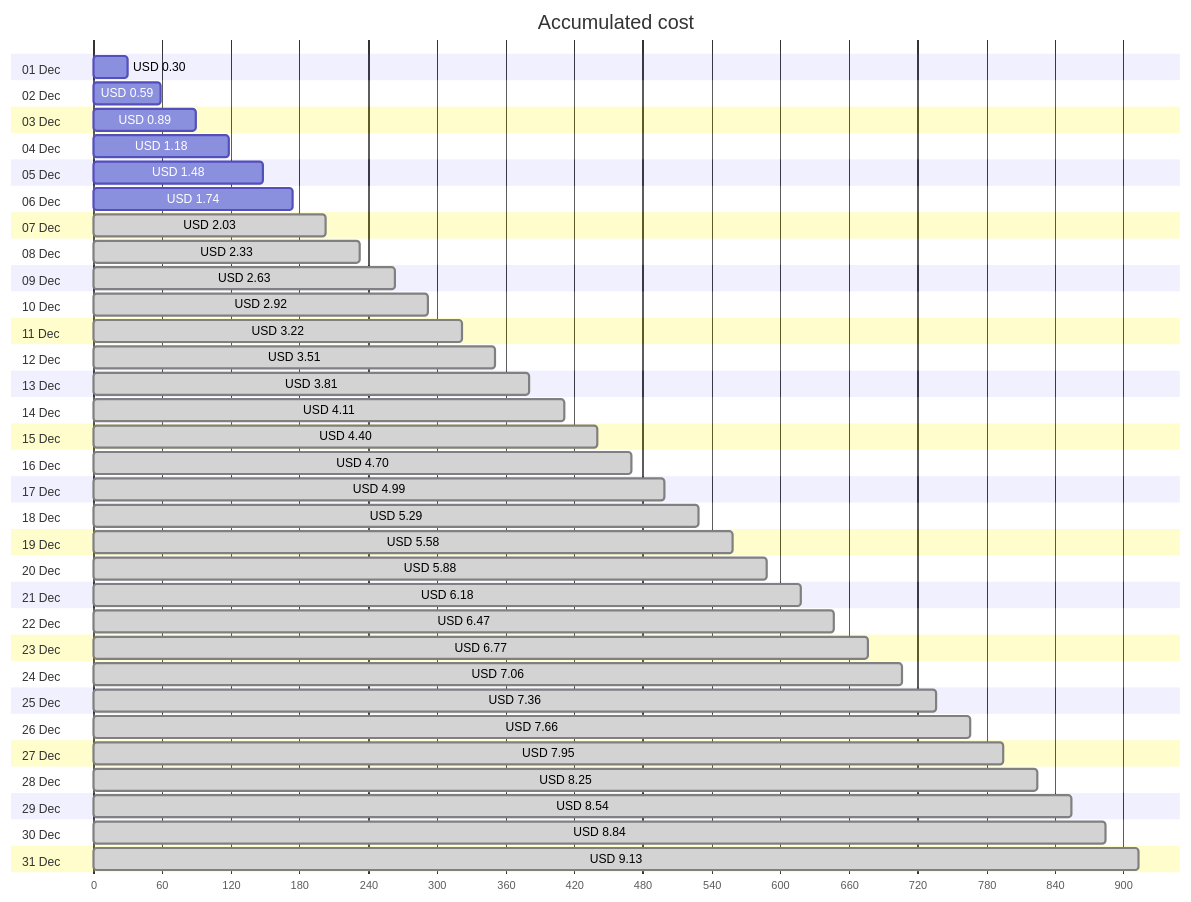
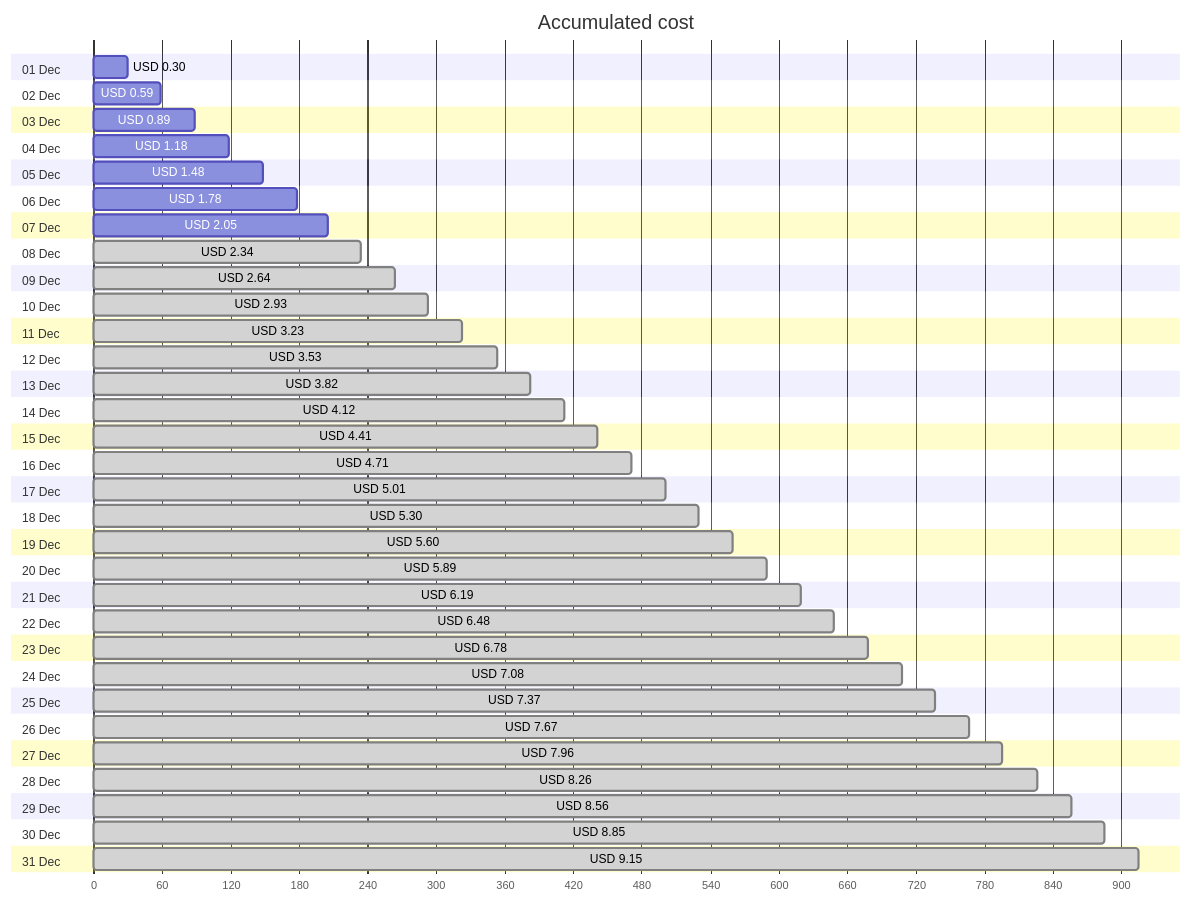
The first of 4 diagrams in cost-reports/personal-site/personal-site-preview.md (jpfulton/azure-personal-reports), drawn with Mermaid before and after one commit. The commit also changed other lines of this file and 6 other files, not shown here.

````diff
--- a/cost-reports/personal-site/personal-site-preview.md
+++ b/cost-reports/personal-site/personal-site-preview.md
@@ -20,68 +20,68 @@
 ```mermaid
 gantt
    title Accumulated cost
    dateFormat  X
    axisFormat %s
    section 01 Dec
    USD 0.30 :0, 30
    section 02 Dec
    USD 0.59 :0, 59
    section 03 Dec
    USD 0.89 :0, 89
    section 04 Dec
    USD 1.18 :0, 118
    section 05 Dec
    USD 1.48 :0, 148
    section 06 Dec
-   USD 1.74 :0, 174
+   USD 1.78 :0, 178
    section 07 Dec
-   USD 2.03 : done, 0, 203
+   USD 2.05 :0, 205
    section 08 Dec
-   USD 2.33 : done, 0, 233
+   USD 2.34 : done, 0, 234
    section 09 Dec
-   USD 2.63 : done, 0, 263
+   USD 2.64 : done, 0, 264
    section 10 Dec
-   USD 2.92 : done, 0, 292
+   USD 2.93 : done, 0, 293
    section 11 Dec
-   USD 3.22 : done, 0, 322
+   USD 3.23 : done, 0, 323
    section 12 Dec
-   USD 3.51 : done, 0, 351
+   USD 3.53 : done, 0, 353
    section 13 Dec
-   USD 3.81 : done, 0, 381
+   USD 3.82 : done, 0, 382
    section 14 Dec
-   USD 4.11 : done, 0, 411
+   USD 4.12 : done, 0, 412
    section 15 Dec
-   USD 4.40 : done, 0, 440
+   USD 4.41 : done, 0, 441
    section 16 Dec
-   USD 4.70 : done, 0, 470
+   USD 4.71 : done, 0, 471
    section 17 Dec
-   USD 4.99 : done, 0, 499
+   USD 5.01 : done, 0, 501
    section 18 Dec
-   USD 5.29 : done, 0, 529
+   USD 5.30 : done, 0, 530
    section 19 Dec
-   USD 5.58 : done, 0, 558
+   USD 5.60 : done, 0, 560
    section 20 Dec
-   USD 5.88 : done, 0, 588
+   USD 5.89 : done, 0, 589
    section 21 Dec
-   USD 6.18 : done, 0, 618
+   USD 6.19 : done, 0, 619
    section 22 Dec
-   USD 6.47 : done, 0, 647
+   USD 6.48 : done, 0, 648
    section 23 Dec
-   USD 6.77 : done, 0, 677
+   USD 6.78 : done, 0, 678
    section 24 Dec
-   USD 7.06 : done, 0, 706
+   USD 7.08 : done, 0, 708
    section 25 Dec
-   USD 7.36 : done, 0, 736
+   USD 7.37 : done, 0, 737
    section 26 Dec
-   USD 7.66 : done, 0, 766
+   USD 7.67 : done, 0, 767
    section 27 Dec
-   USD 7.95 : done, 0, 795
+   USD 7.96 : done, 0, 796
    section 28 Dec
-   USD 8.25 : done, 0, 825
+   USD 8.26 : done, 0, 826
    section 29 Dec
-   USD 8.54 : done, 0, 854
+   USD 8.56 : done, 0, 856
    section 30 Dec
-   USD 8.84 : done, 0, 884
+   USD 8.85 : done, 0, 885
    section 31 Dec
-   USD 9.13 : done, 0, 913
+   USD 9.15 : done, 0, 915
 ```
````
